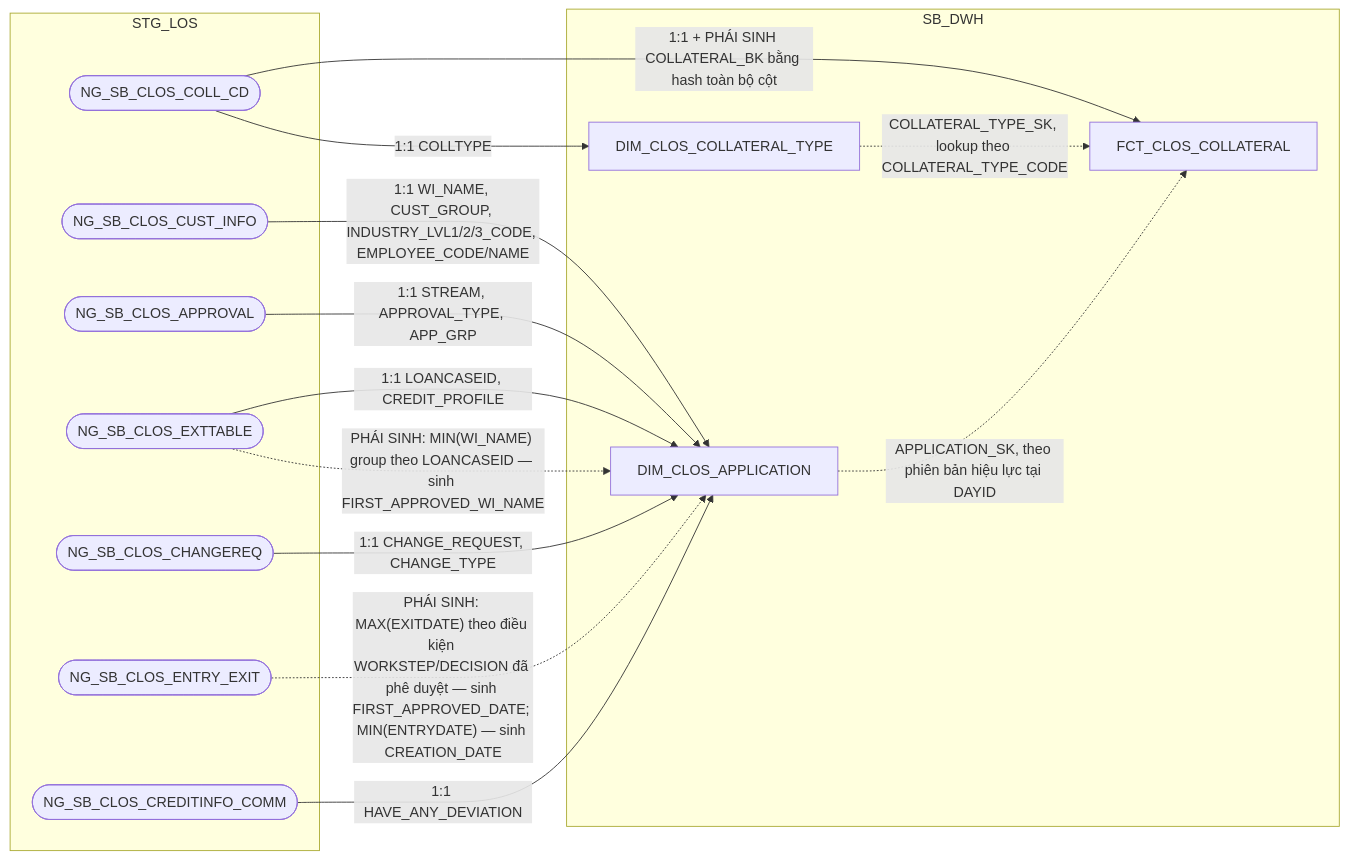
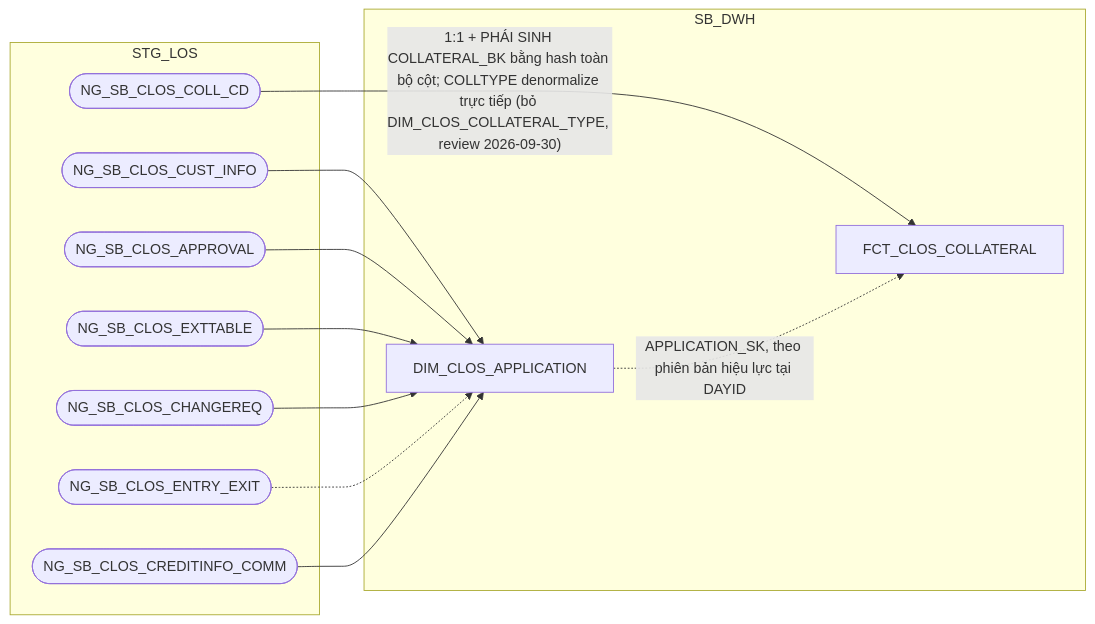
One commit to chien1198/sb-mapping-gen changed the second of 14 diagrams in hld/hld_review/HLD_FCT_SB_DWH_review.md. Above: the diagram before and after it, drawn with Mermaid. The commit also changed other lines of this file and 183 other files, not shown here.

````diff
--- a/hld/hld_review/HLD_FCT_SB_DWH_review.md
+++ b/hld/hld_review/HLD_FCT_SB_DWH_review.md
@@ -218,28 +147,24 @@
 ```mermaid
 flowchart LR
     subgraph STG_LOS
         A(["NG_SB_CLOS_COLL_CD"])
         H(["NG_SB_CLOS_CUST_INFO"])
         I(["NG_SB_CLOS_APPROVAL"])
         J(["NG_SB_CLOS_EXTTABLE"])
         K1(["NG_SB_CLOS_CHANGEREQ"])
         L(["NG_SB_CLOS_ENTRY_EXIT"])
         N(["NG_SB_CLOS_CREDITINFO_COMM"])
     end
     subgraph SB_DWH
-        B["DIM_CLOS_COLLATERAL_TYPE"]
         D["DIM_CLOS_APPLICATION"]
         C["FCT_CLOS_COLLATERAL"]
     end
-    A -->|1:1 + PHÁI SINH COLLATERAL_BK bằng hash toàn bộ cột| C
-    B -.->|COLLATERAL_TYPE_SK, lookup theo COLLATERAL_TYPE_CODE| C
+    A -->|"1:1 + PHÁI SINH COLLATERAL_BK bằng hash toàn bộ cột; COLLTYPE denormalize trực tiếp (bỏ DIM_CLOS_COLLATERAL_TYPE, review 2026-09-30)"| C
     D -.->|APPLICATION_SK, theo phiên bản hiệu lực tại DAYID| C
-    A -->|1:1 COLLTYPE| B
-    H -->|1:1 WI_NAME, CUST_GROUP, INDUSTRY_LVL1/2/3_CODE, EMPLOYEE_CODE/NAME| D
-    I -->|1:1 STREAM, APPROVAL_TYPE, APP_GRP| D
-    J -->|1:1 LOANCASEID, CREDIT_PROFILE| D
-    J -.->|"PHÁI SINH: MIN(WI_NAME) group theo LOANCASEID — sinh FIRST_APPROVED_WI_NAME"| D
-    K1 -->|1:1 CHANGE_REQUEST, CHANGE_TYPE| D
-    L -.->|"PHÁI SINH: MAX(EXITDATE) theo điều kiện WORKSTEP/DECISION đã phê duyệt — sinh FIRST_APPROVED_DATE; MIN(ENTRYDATE) — sinh CREATION_DATE"| D
-    N -->|1:1 HAVE_ANY_DEVIATION| D
+    H --> D
+    I --> D
+    J --> D
+    K1 --> D
+    L -.-> D
+    N --> D
 ```
````
